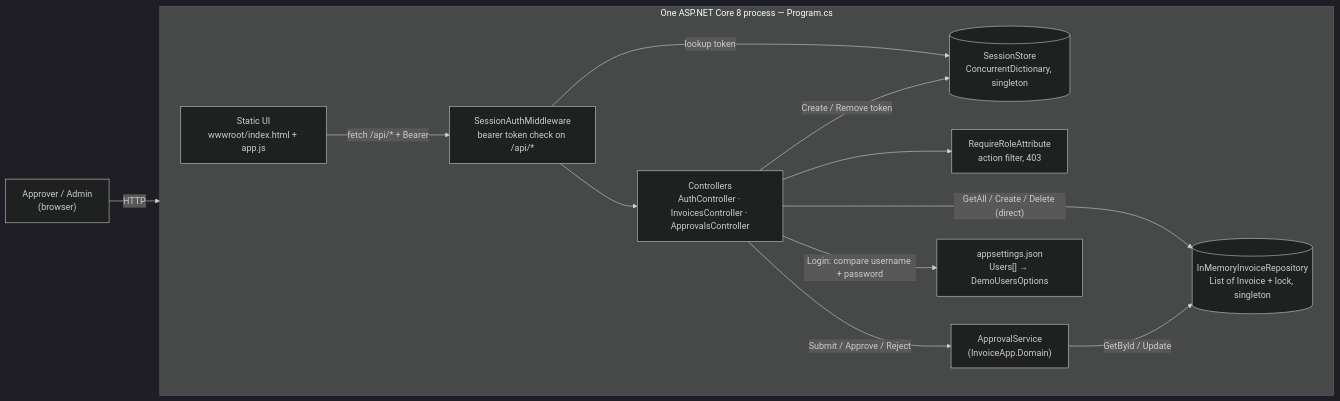
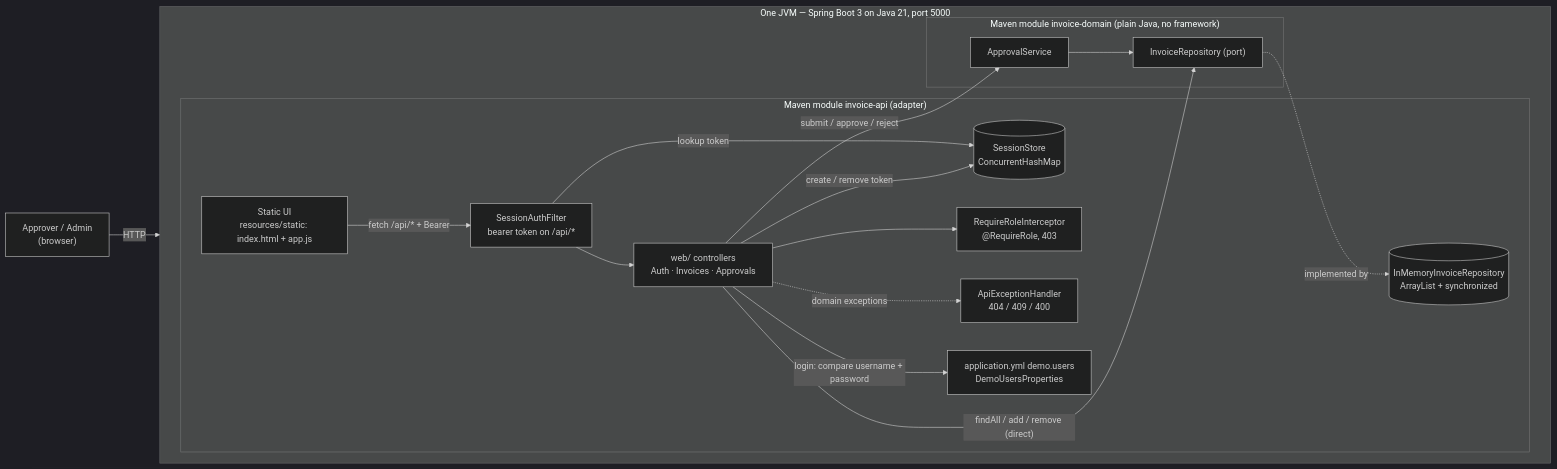
One commit to aranimondal/invoice-approval-prod-readiness changed the first of 2 diagrams in docs/architecture/as-built.md. Above: the diagram before and after it, drawn with Mermaid (dark theme). The commit also changed other lines of this file and 9 other files, not shown here.

First line of the commit message:
Update architecture docs for the Java port and add rendered diagrams

````diff
--- a/docs/architecture/as-built.md
+++ b/docs/architecture/as-built.md
@@ -12,27 +16,35 @@
 ```mermaid
 flowchart LR
     user["Approver / Admin<br/>(browser)"]
 
-    subgraph host["One ASP.NET Core 8 process — Program.cs"]
+    subgraph jvm["One JVM — Spring Boot 3 on Java 21, port 5000"]
         direction LR
-        ui["Static UI<br/>wwwroot/index.html + app.js"]
-        mw["SessionAuthMiddleware<br/>bearer token check on /api/*"]
-        ctrl["Controllers<br/>AuthController · InvoicesController · ApprovalsController"]
-        roles["RequireRoleAttribute<br/>action filter, 403"]
-        svc["ApprovalService<br/>(InvoiceApp.Domain)"]
-        repo[("InMemoryInvoiceRepository<br/>List of Invoice + lock, singleton")]
-        sessions[("SessionStore<br/>ConcurrentDictionary, singleton")]
-        cfg["appsettings.json<br/>Users[] → DemoUsersOptions"]
+        subgraph apimod["Maven module invoice-api (adapter)"]
+            ui["Static UI<br/>resources/static: index.html + app.js"]
+            filter["SessionAuthFilter<br/>bearer token on /api/*"]
+            ctrl["web/ controllers<br/>Auth · Invoices · Approvals"]
+            roles["RequireRoleInterceptor<br/>@RequireRole, 403"]
+            advice["ApiExceptionHandler<br/>404 / 409 / 400"]
+            repo[("InMemoryInvoiceRepository<br/>ArrayList + synchronized")]
+            sessions[("SessionStore<br/>ConcurrentHashMap")]
+            cfg["application.yml demo.users<br/>DemoUsersProperties"]
+        end
+        subgraph dommod["Maven module invoice-domain (plain Java, no framework)"]
+            svc["ApprovalService"]
+            port["InvoiceRepository (port)"]
+        end
     end
 
     user -->|HTTP| ui
-    ui -->|"fetch /api/* + Bearer"| mw
-    mw -->|lookup token| sessions
-    mw --> ctrl
+    ui -->|"fetch /api/* + Bearer"| filter
+    filter -->|lookup token| sessions
+    filter --> ctrl
     ctrl --> roles
-    ctrl -->|Submit / Approve / Reject| svc
-    ctrl -->|"GetAll / Create / Delete (direct)"| repo
-    svc -->|GetById / Update| repo
-    ctrl -->|"Login: compare username + password"| cfg
-    ctrl -->|Create / Remove token| sessions
+    ctrl -->|"submit / approve / reject"| svc
+    ctrl -->|"findAll / add / remove (direct)"| port
+    svc --> port
+    port -. implemented by .-> repo
+    ctrl -.->|domain exceptions| advice
+    ctrl -->|"login: compare username + password"| cfg
+    ctrl -->|"create / remove token"| sessions
 ```
````
